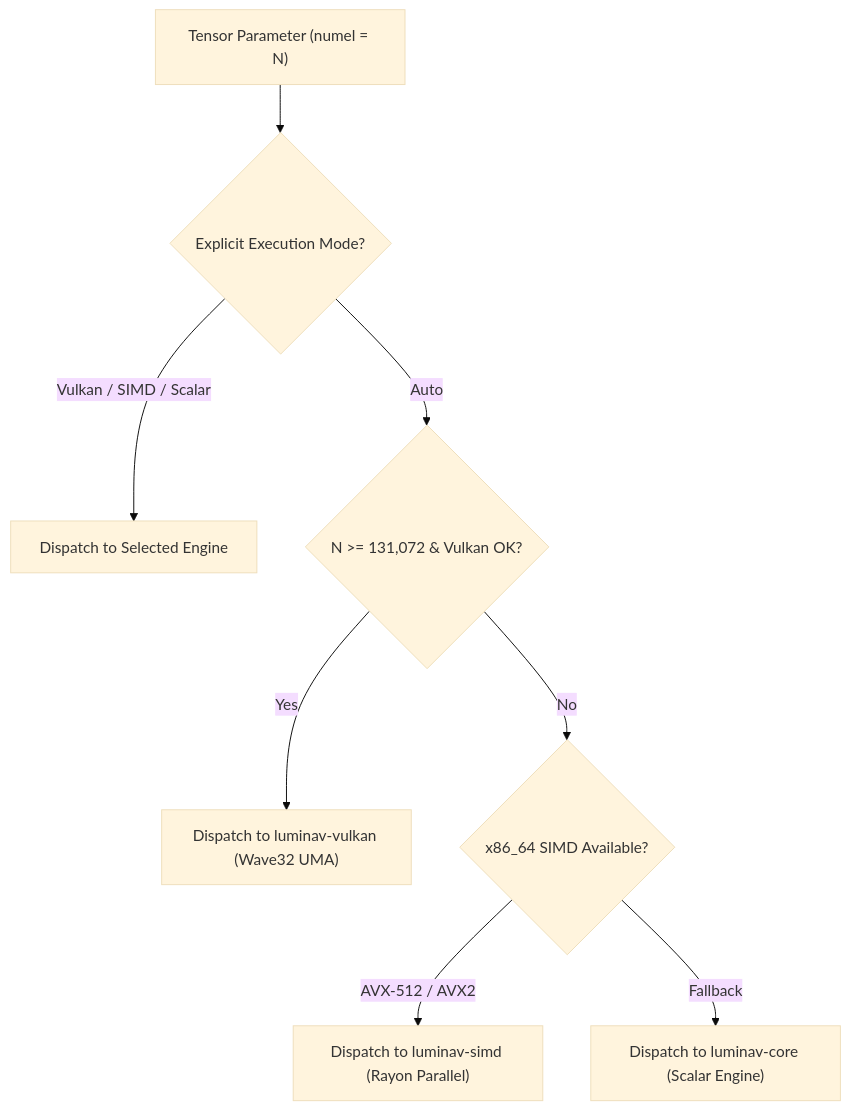
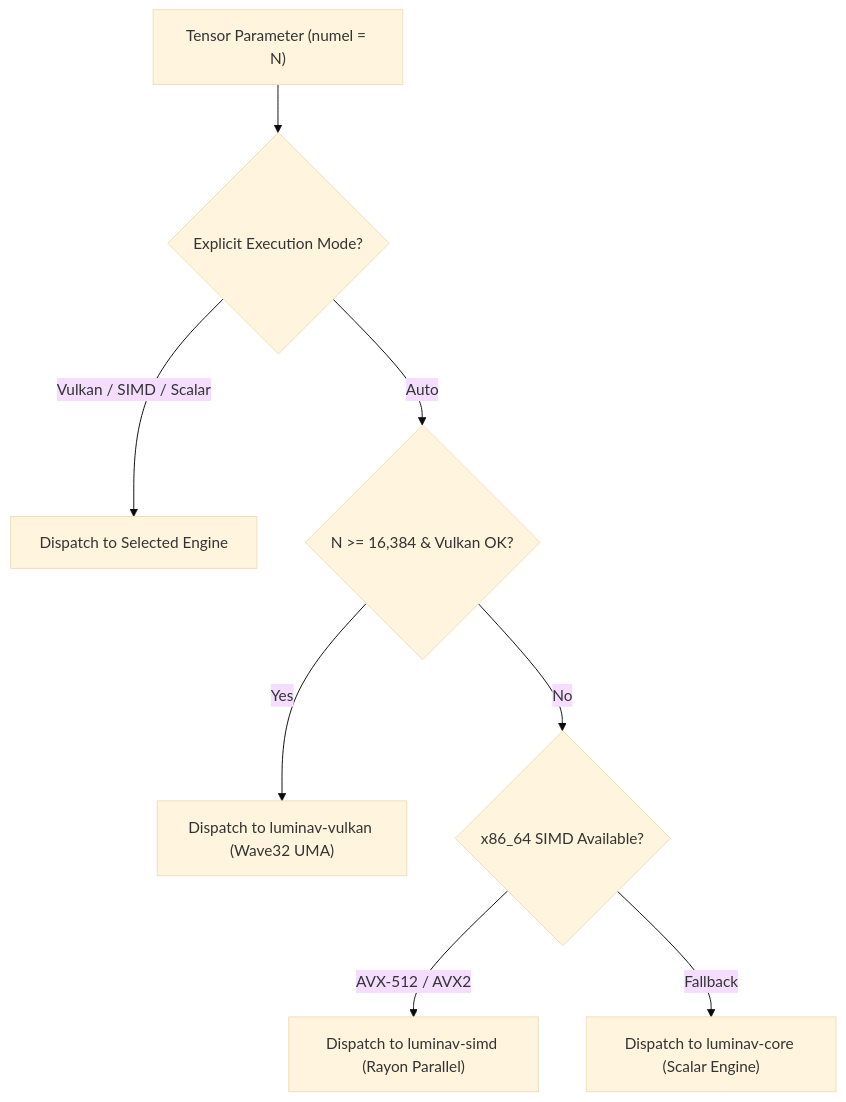
The second of 2 diagrams in docs/optimize/dispatch/README.md (cloverx-id/luminamoon), drawn with Mermaid (base theme) before and after one commit. The commit also changed other lines of this file and 41 other files, not shown here.

Commit message:
docs: update monorepo architecture and bilingual guides

````diff
--- a/docs/optimize/dispatch/README.md
+++ b/docs/optimize/dispatch/README.md
@@ -33,13 +33,13 @@
 ```mermaid
-graph TD
+flowchart TD
     Input["Tensor Parameter (numel = N)"] --> CheckExplicit{"Explicit Execution Mode?"}
     
     CheckExplicit -->|"Vulkan / SIMD / Scalar"| ExecSelected["Dispatch to Selected Engine"]
-    CheckExplicit -->|"Auto"| CheckGPU{"N >= 131,072 & Vulkan OK?"}
+    CheckExplicit -->|"Auto"| CheckGPU{"N >= 16,384 & Vulkan OK?"}
 
     CheckGPU -->|"Yes"| DispatchVK["Dispatch to luminav-vulkan (Wave32 UMA)"]
     CheckGPU -->|"No"| CheckSIMD{"x86_64 SIMD Available?"}
 
     CheckSIMD -->|"AVX-512 / AVX2"| DispatchSIMD["Dispatch to luminav-simd (Rayon Parallel)"]
     CheckSIMD -->|"Fallback"| DispatchScalar["Dispatch to luminav-core (Scalar Engine)"]
 ```
````
